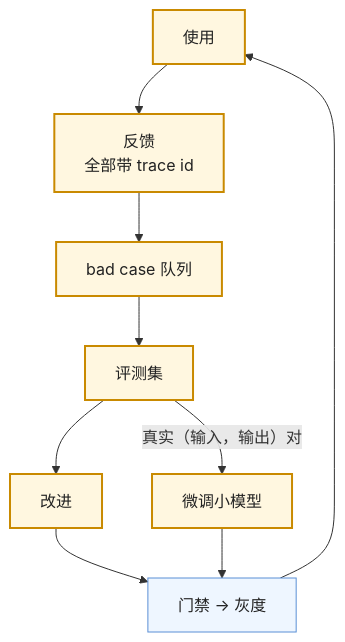
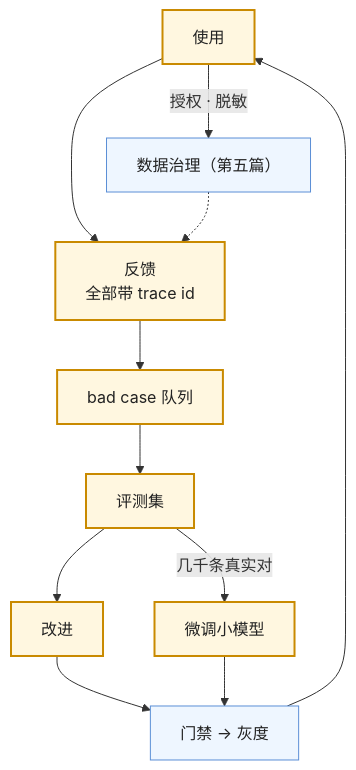
Before and after one commit to arganzheng/arganzheng.github.com: the seventh of 7 diagrams in slides/2026-11-14-production-and-operations.md, drawn with Mermaid.

Commit message:
slides/production-and-operations: restore dropped mermaid nodes/branches (semantic audit) — split long flows to v sub-slides

````diff
--- a/slides/2026-11-14-production-and-operations.md
+++ b/slides/2026-11-14-production-and-operations.md
@@ -252,17 +252,19 @@
 ```mermaid
 %%{init: {"flowchart": {"wrappingWidth": 180}}}%%
 flowchart TB
     U["使用"] --> F["反馈<br/>全部带 trace id"]
     F --> Q["bad case 队列"]
     Q --> E["评测集"]
     E --> I["改进"]
     I --> G["门禁 → 灰度"]
     G --> U
-    E -->|"真实（输入，输出）对"| FT["微调小模型"]
+    U -->|"授权 · 脱敏"| D["数据治理（第五篇）"]
+    D -.-> F
+    E -->|"几千条真实对"| FT["微调小模型"]
     FT --> G
 
     classDef step fill:#fff7e0,stroke:#c98a00,stroke-width:2px,color:#222
     classDef gate fill:#eef6ff,stroke:#5b8fd6,color:#222
     class U,F,Q,E,I,FT step
-    class G gate
+    class G,D gate
 ```
````
